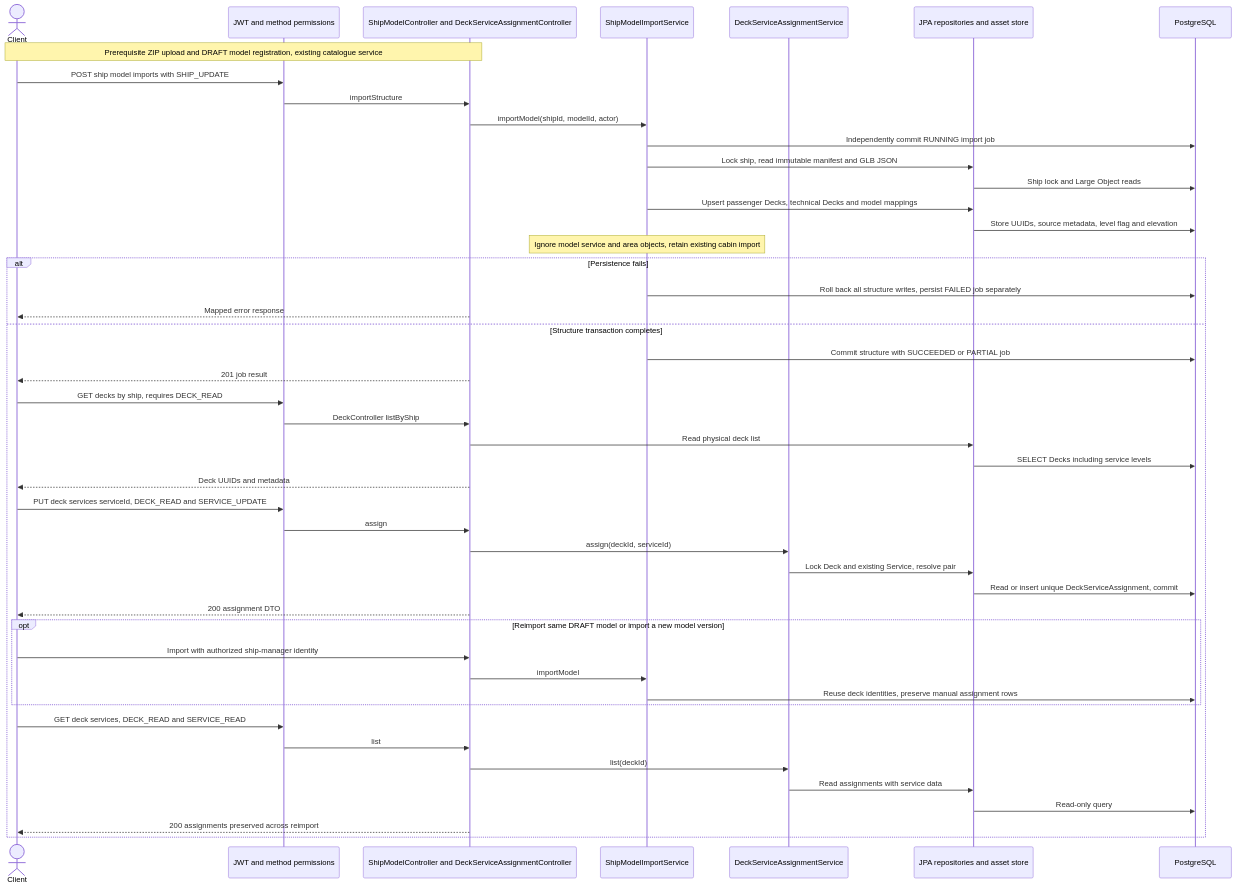
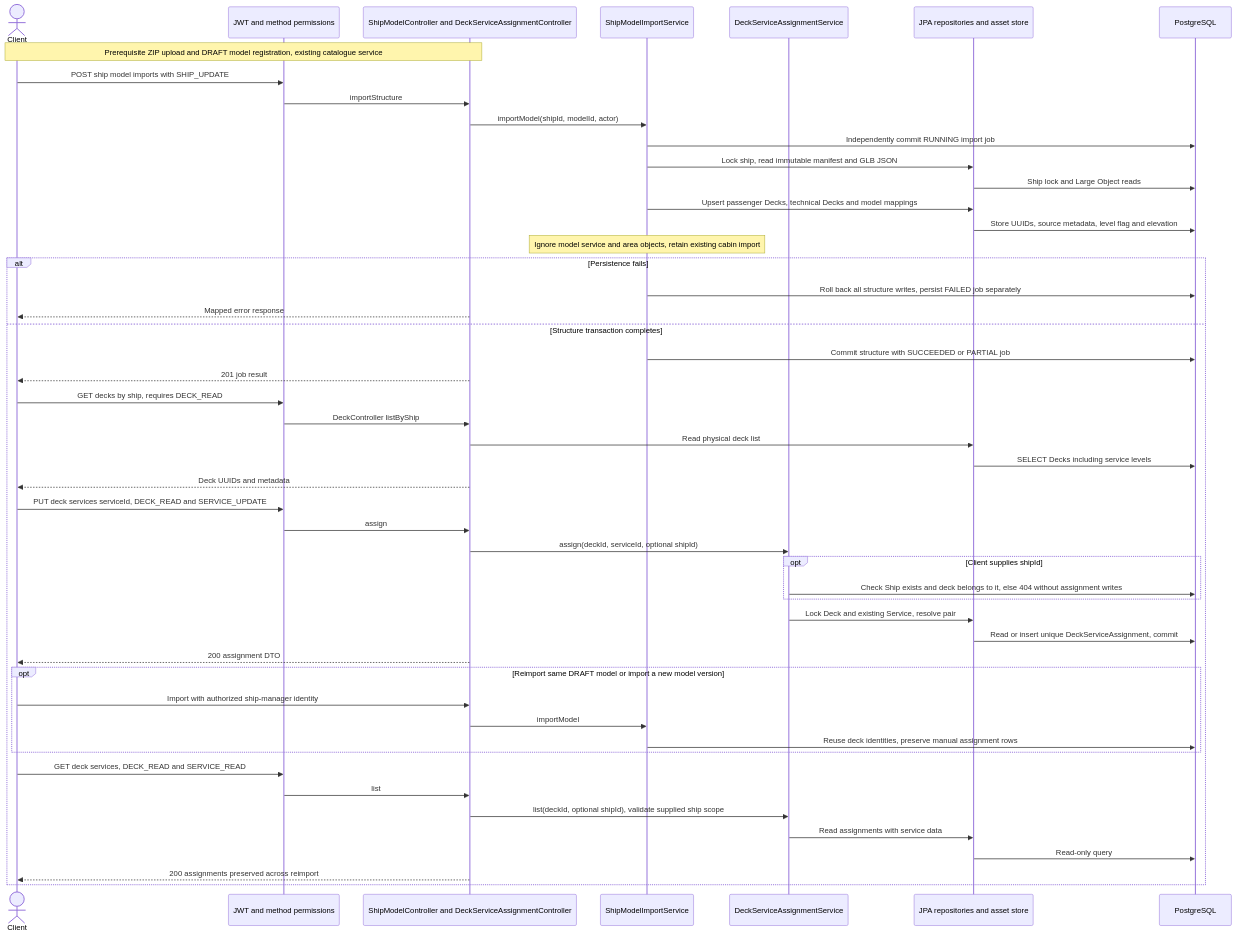
Before and after one commit to ShiroSs00/CASMS_Backend: the diagram in docs/sequence-diagrams/system-overview/deck-import-and-service-assignment.md, drawn with Mermaid. The commit also changed 9 other files, not shown here.

Commit message:
CASMS-90 validate deck service assignments against optional ship scope

````diff
--- a/docs/sequence-diagrams/system-overview/deck-import-and-service-assignment.md
+++ b/docs/sequence-diagrams/system-overview/deck-import-and-service-assignment.md
@@ -5,49 +5,52 @@
 ```mermaid
 sequenceDiagram
     actor Client
     participant Security as JWT and method permissions
     participant API as ShipModelController and DeckServiceAssignmentController
     participant Import as ShipModelImportService
     participant Assignment as DeckServiceAssignmentService
     participant Repository as JPA repositories and asset store
     participant DB as PostgreSQL
     Note over Client,API: Prerequisite ZIP upload and DRAFT model registration, existing catalogue service
     Client->>Security: POST ship model imports with SHIP_UPDATE
     Security->>API: importStructure
     API->>Import: importModel(shipId, modelId, actor)
     Import->>DB: Independently commit RUNNING import job
     Import->>Repository: Lock ship, read immutable manifest and GLB JSON
     Repository->>DB: Ship lock and Large Object reads
     Import->>Repository: Upsert passenger Decks, technical Decks and model mappings
     Repository->>DB: Store UUIDs, source metadata, level flag and elevation
     Note over Import: Ignore model service and area objects, retain existing cabin import
     alt Persistence fails
         Import->>DB: Roll back all structure writes, persist FAILED job separately
         API-->>Client: Mapped error response
     else Structure transaction completes
         Import->>DB: Commit structure with SUCCEEDED or PARTIAL job
         API-->>Client: 201 job result
         Client->>Security: GET decks by ship, requires DECK_READ
         Security->>API: DeckController listByShip
         API->>Repository: Read physical deck list
         Repository->>DB: SELECT Decks including service levels
         API-->>Client: Deck UUIDs and metadata
         Client->>Security: PUT deck services serviceId, DECK_READ and SERVICE_UPDATE
         Security->>API: assign
-        API->>Assignment: assign(deckId, serviceId)
+        API->>Assignment: assign(deckId, serviceId, optional shipId)
+        opt Client supplies shipId
+            Assignment->>DB: Check Ship exists and deck belongs to it, else 404 without assignment writes
+        end
         Assignment->>Repository: Lock Deck and existing Service, resolve pair
         Repository->>DB: Read or insert unique DeckServiceAssignment, commit
         API-->>Client: 200 assignment DTO
         opt Reimport same DRAFT model or import a new model version
             Client->>API: Import with authorized ship-manager identity
             API->>Import: importModel
             Import->>DB: Reuse deck identities, preserve manual assignment rows
         end
         Client->>Security: GET deck services, DECK_READ and SERVICE_READ
         Security->>API: list
-        API->>Assignment: list(deckId)
+        API->>Assignment: list(deckId, optional shipId), validate supplied ship scope
         Assignment->>Repository: Read assignments with service data
         Repository->>DB: Read-only query
         API-->>Client: 200 assignments preserved across reimport
     end
 ```
````
